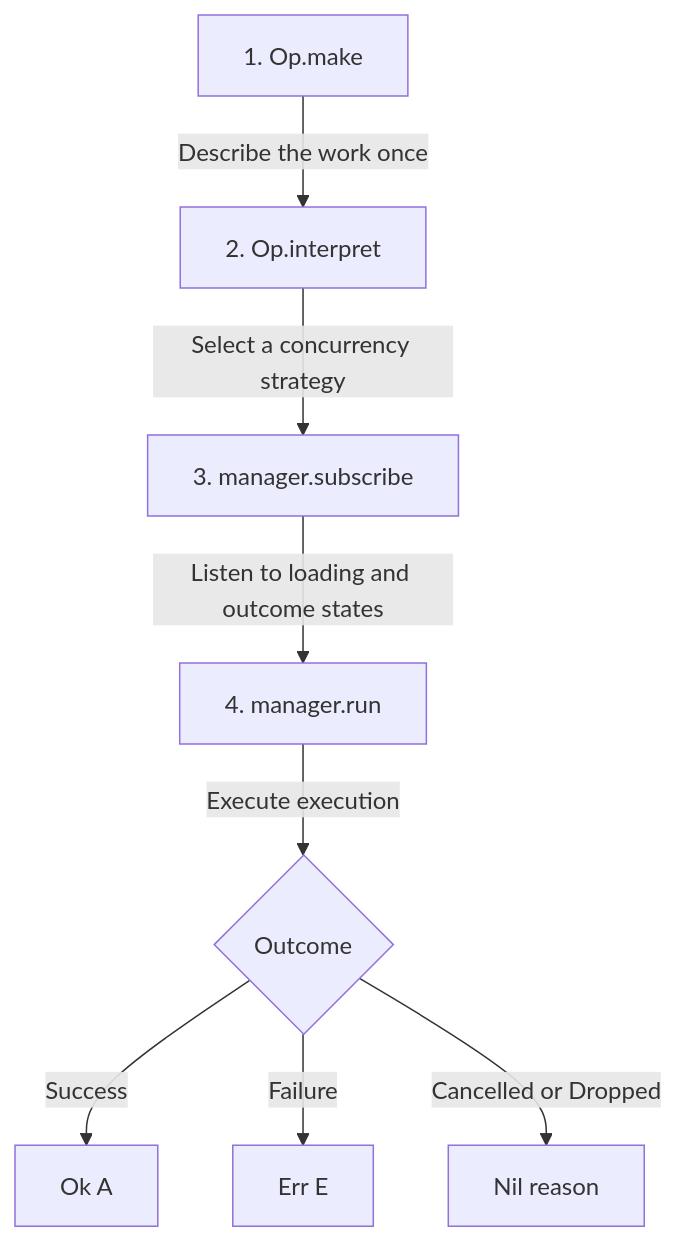
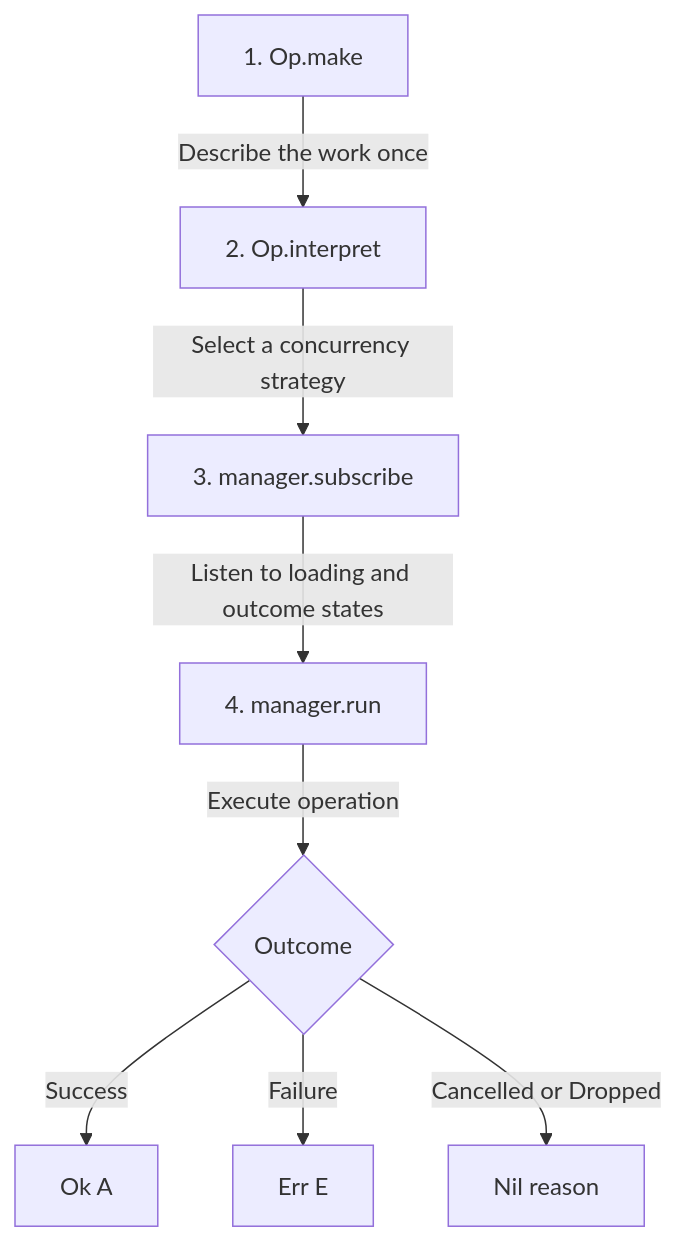
Before and after one commit to nlozgachev/pipelined: the diagram in docs/src/content/docs/guides/op.mdx, drawn with Mermaid. The commit also changed other lines of this file and 35 other files, not shown here.

````diff
--- a/docs/src/content/docs/guides/op.mdx
+++ b/docs/src/content/docs/guides/op.mdx
@@ -75,10 +87,10 @@
 ```mermaid
 flowchart TD
     A[1. Op.make] -->|Describe the work once| B[2. Op.interpret]
     B -->|Select a concurrency strategy| C[3. manager.subscribe]
     C -->|Listen to loading and outcome states| D[4. manager.run]
-    D -->|Execute execution| E{Outcome}
+    D -->|Execute operation| E{Outcome}
     E -->|Success| Ok[Ok A]
     E -->|Failure| Err[Err E]
     E -->|Cancelled or Dropped| Nil[Nil reason]
 ```
````
